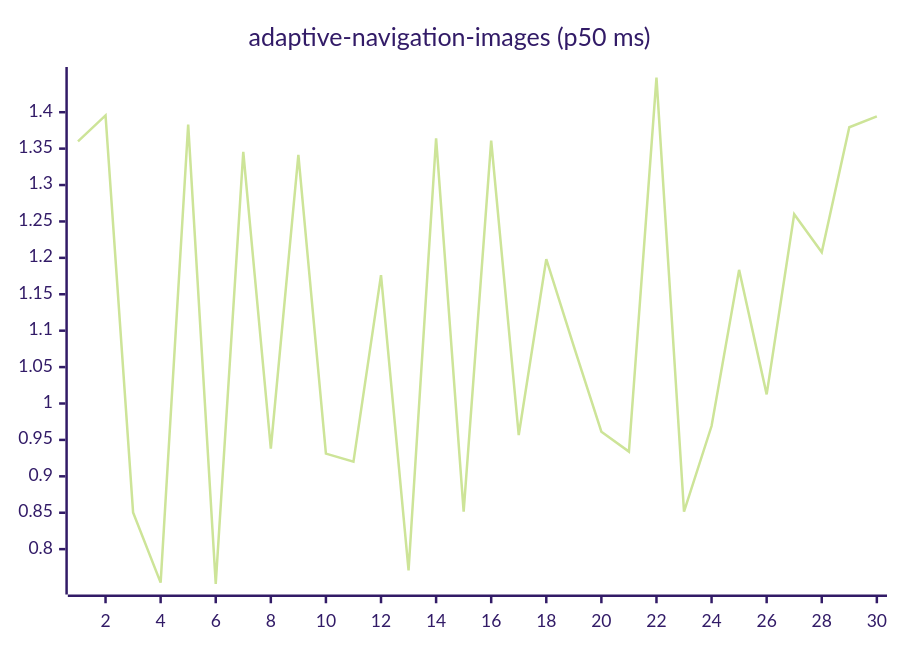
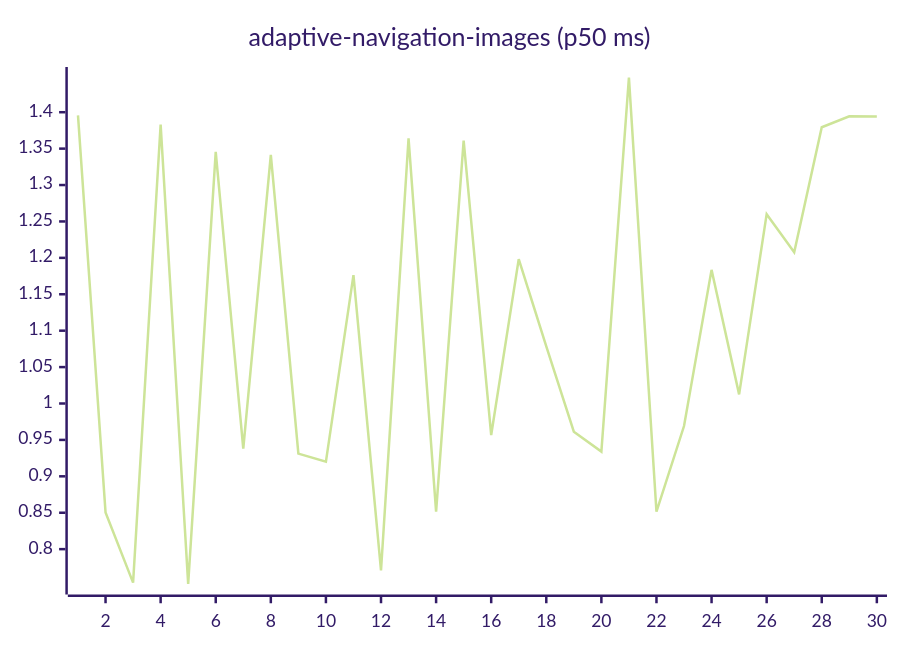
The first of 27 diagrams in README.md (josha/Facet), drawn with Mermaid (forest theme) before and after one commit. The commit also changed other lines of this file and 2 other files, not shown here.

````diff
--- a/README.md
+++ b/README.md
@@ -63,6 +63,6 @@
 ```mermaid
 xychart-beta
     title "adaptive-navigation-images (p50 ms)"
     x-axis 1 --> 30
-    line [1.3599, 1.3956, 0.8504, 0.7540, 1.3829, 0.7523, 1.3455, 0.9380, 1.3415, 0.9312, 0.9201, 1.1763, 0.7707, 1.3642, 0.8516, 1.3610, 0.9567, 1.1983, 1.0783, 0.9612, 0.9339, 1.4475, 0.8514, 0.9690, 1.1835, 1.0125, 1.2600, 1.2076, 1.3793, 1.3944]
+    line [1.3956, 0.8504, 0.7540, 1.3829, 0.7523, 1.3455, 0.9380, 1.3415, 0.9312, 0.9201, 1.1763, 0.7707, 1.3642, 0.8516, 1.3610, 0.9567, 1.1983, 1.0783, 0.9612, 0.9339, 1.4475, 0.8514, 0.9690, 1.1835, 1.0125, 1.2600, 1.2076, 1.3793, 1.3944, 1.3942]
 ```
````
